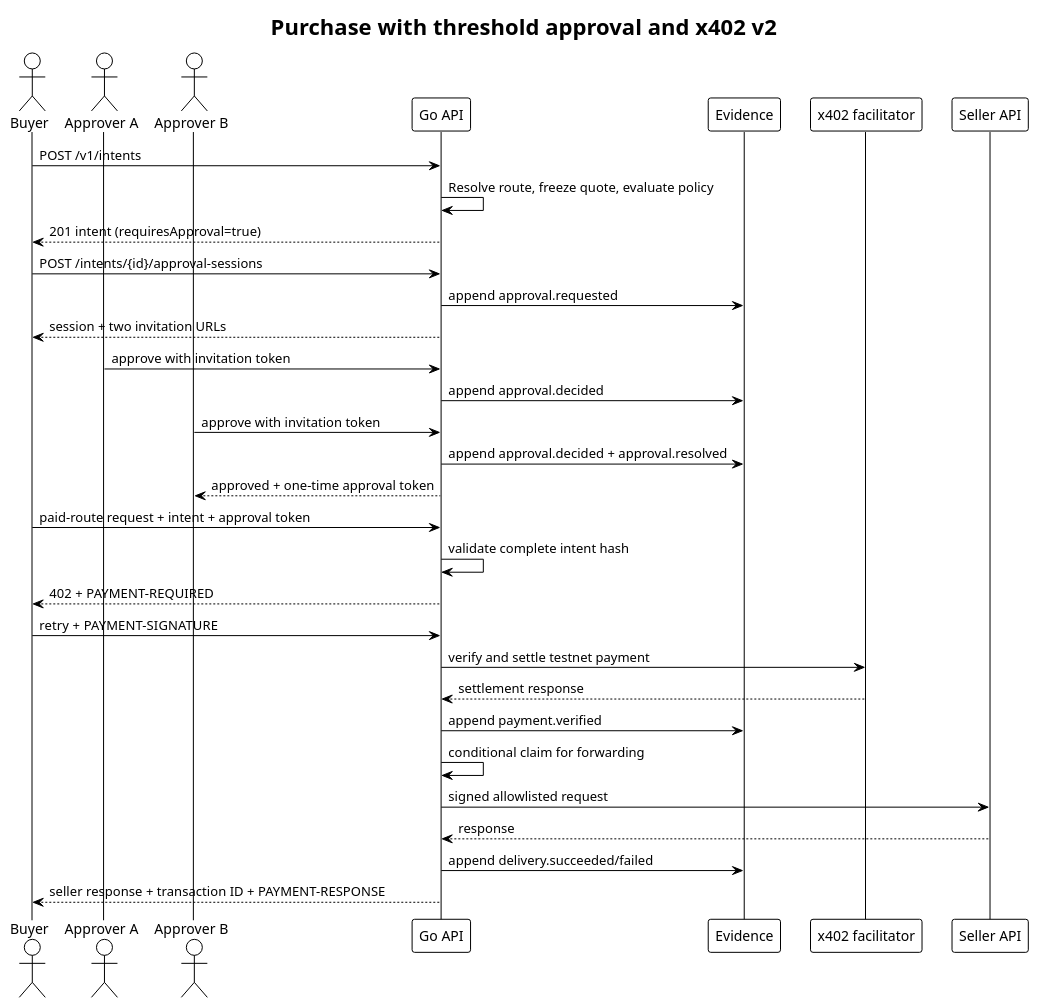
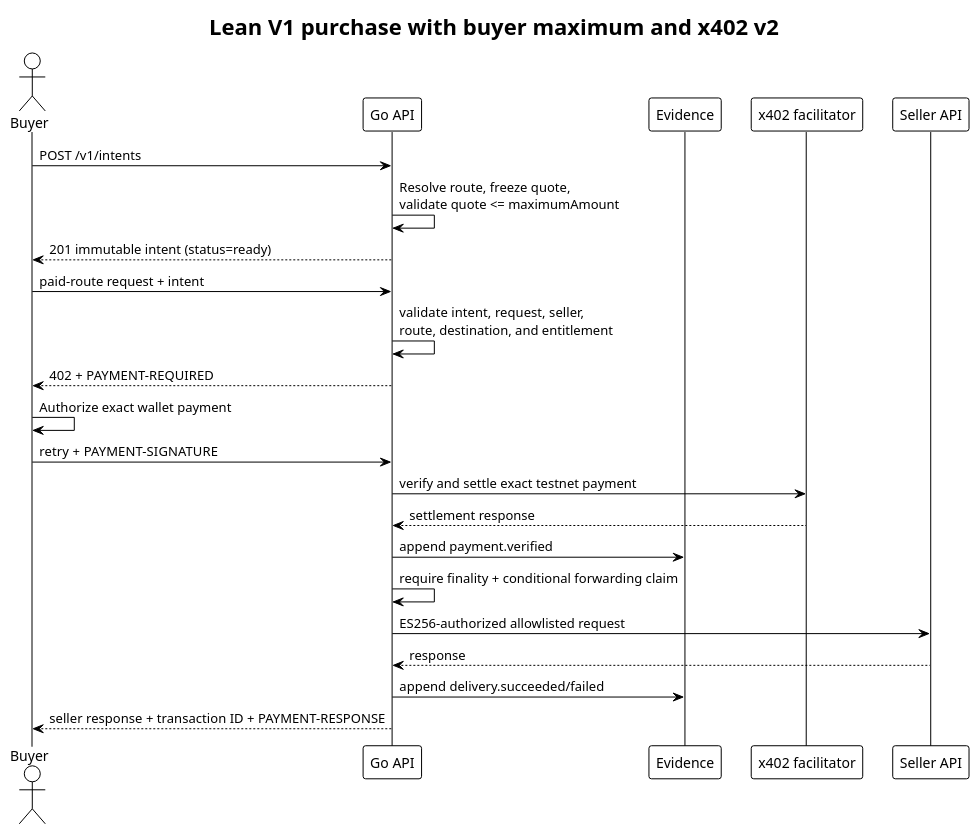
The diagram in docs/uml/purchase-sequence.puml (PrathamRanka/fourGeez), drawn with PlantUML before and after one commit. The commit also changed other lines of this file and 95 other files, not shown here.

```diff
--- a/docs/uml/purchase-sequence.puml
+++ b/docs/uml/purchase-sequence.puml
@@ -1,36 +1,27 @@
 @startuml AgentPay Purchase Sequence
 !theme plain
-title Purchase with threshold approval and x402 v2
+title Lean V1 purchase with buyer maximum and x402 v2
 
 actor Buyer
-actor "Approver A" as A
-actor "Approver B" as B
 participant "Go API" as API
 participant "Evidence" as Evidence
 participant "x402 facilitator" as Facilitator
 participant "Seller API" as Seller
 
 Buyer -> API : POST /v1/intents
-API -> API : Resolve route, freeze quote, evaluate policy
-API --> Buyer : 201 intent (requiresApproval=true)
-Buyer -> API : POST /intents/{id}/approval-sessions
-API -> Evidence : append approval.requested
-API --> Buyer : session + two invitation URLs
-A -> API : approve with invitation token
-API -> Evidence : append approval.decided
-B -> API : approve with invitation token
-API -> Evidence : append approval.decided + approval.resolved
-API --> B : approved + one-time approval token
-Buyer -> API : paid-route request + intent + approval token
-API -> API : validate complete intent hash
+API -> API : Resolve route, freeze quote,\nvalidate quote <= maximumAmount
+API --> Buyer : 201 immutable intent (status=ready)
+Buyer -> API : paid-route request + intent
+API -> API : validate intent, request, seller,\nroute, destination, and entitlement
 API --> Buyer : 402 + PAYMENT-REQUIRED
+Buyer -> Buyer : Authorize exact wallet payment
 Buyer -> API : retry + PAYMENT-SIGNATURE
-API -> Facilitator : verify and settle testnet payment
+API -> Facilitator : verify and settle exact testnet payment
 Facilitator --> API : settlement response
 API -> Evidence : append payment.verified
-API -> API : conditional claim for forwarding
-API -> Seller : signed allowlisted request
+API -> API : require finality + conditional forwarding claim
+API -> Seller : ES256-authorized allowlisted request
 Seller --> API : response
 API -> Evidence : append delivery.succeeded/failed
 API --> Buyer : seller response + transaction ID + PAYMENT-RESPONSE
 @enduml
```
